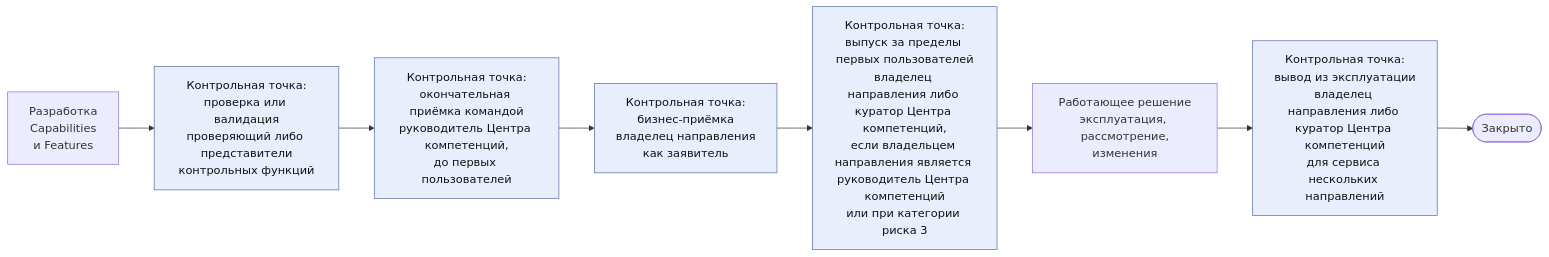
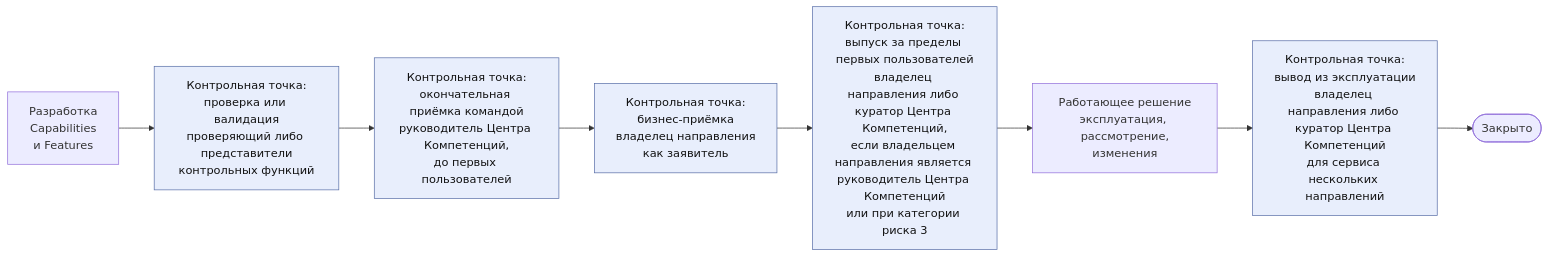
One commit to devhogu/ob-aicc changed the third of 5 diagrams in charter/ru/guides/service-delivery-guide.md. Above: the diagram before and after it, drawn with Mermaid. The commit also changed other lines of this file and 550 other files, not shown here.

````diff
--- a/charter/ru/guides/service-delivery-guide.md
+++ b/charter/ru/guides/service-delivery-guide.md
@@ -63,12 +63,12 @@
 ```mermaid
 flowchart LR
   DV["Разработка<br/>Capabilities<br/>и Features"] --> G4["Контрольная точка:<br/>проверка или валидация<br/>проверяющий либо представители<br/>контрольных функций"]
-  G4 --> G4B["Контрольная точка:<br/>окончательная приёмка командой<br/>руководитель Центра компетенций,<br/>до первых пользователей"]
+  G4 --> G4B["Контрольная точка:<br/>окончательная приёмка командой<br/>руководитель Центра Компетенций,<br/>до первых пользователей"]
   G4B --> G5["Контрольная точка:<br/>бизнес-приёмка<br/>владелец направления<br/>как заявитель"]
-  G5 --> G6["Контрольная точка:<br/>выпуск за пределы первых пользователей<br/>владелец направления либо куратор Центра компетенций,<br/>если владельцем направления является руководитель Центра компетенций<br/>или при категории риска 3"]
+  G5 --> G6["Контрольная точка:<br/>выпуск за пределы первых пользователей<br/>владелец направления либо куратор Центра Компетенций,<br/>если владельцем направления является руководитель Центра Компетенций<br/>или при категории риска 3"]
   G6 --> LV["Работающее решение<br/>эксплуатация, рассмотрение,<br/>изменения"]
-  LV --> G7["Контрольная точка:<br/>вывод из эксплуатации<br/>владелец направления либо куратор Центра компетенций<br/>для сервиса нескольких направлений"]
+  LV --> G7["Контрольная точка:<br/>вывод из эксплуатации<br/>владелец направления либо куратор Центра Компетенций<br/>для сервиса нескольких направлений"]
   G7 --> CL(["Закрыто"])
   classDef gate fill:#e8eefc,stroke:#5a6fa8,color:#111
   class G4,G4B,G5,G6,G7 gate
 ```
````
